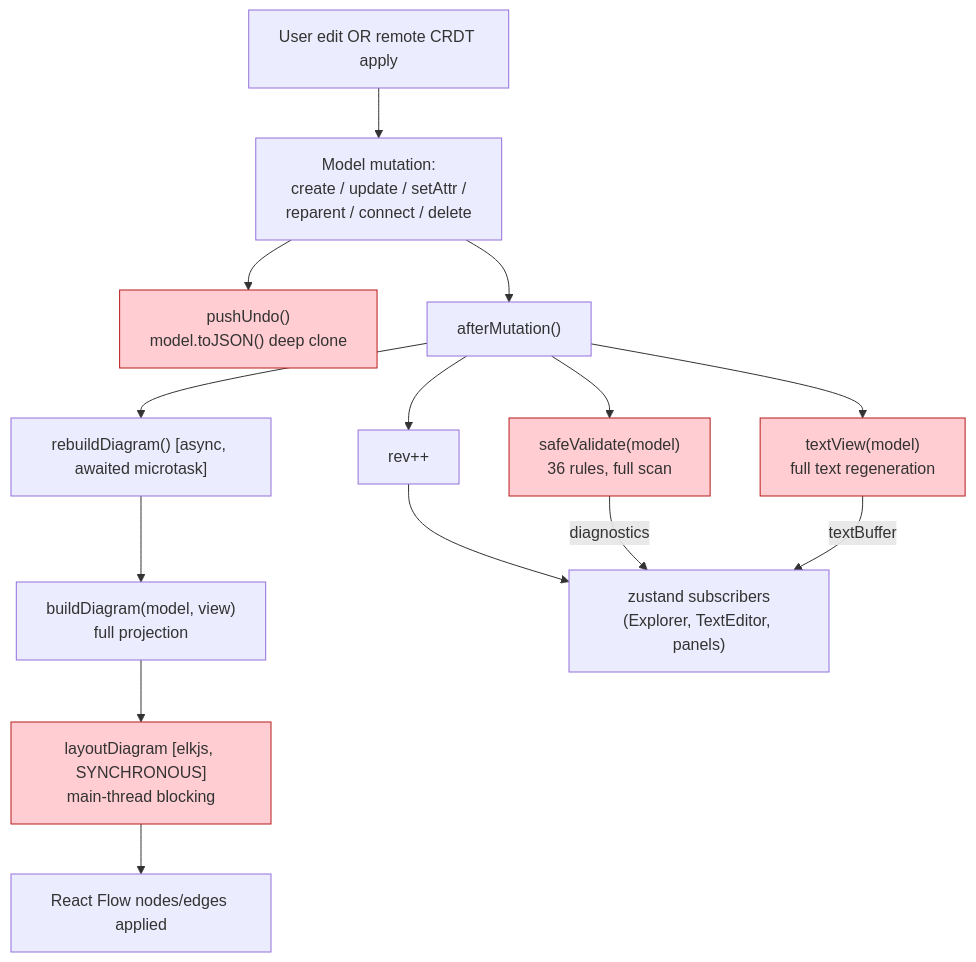
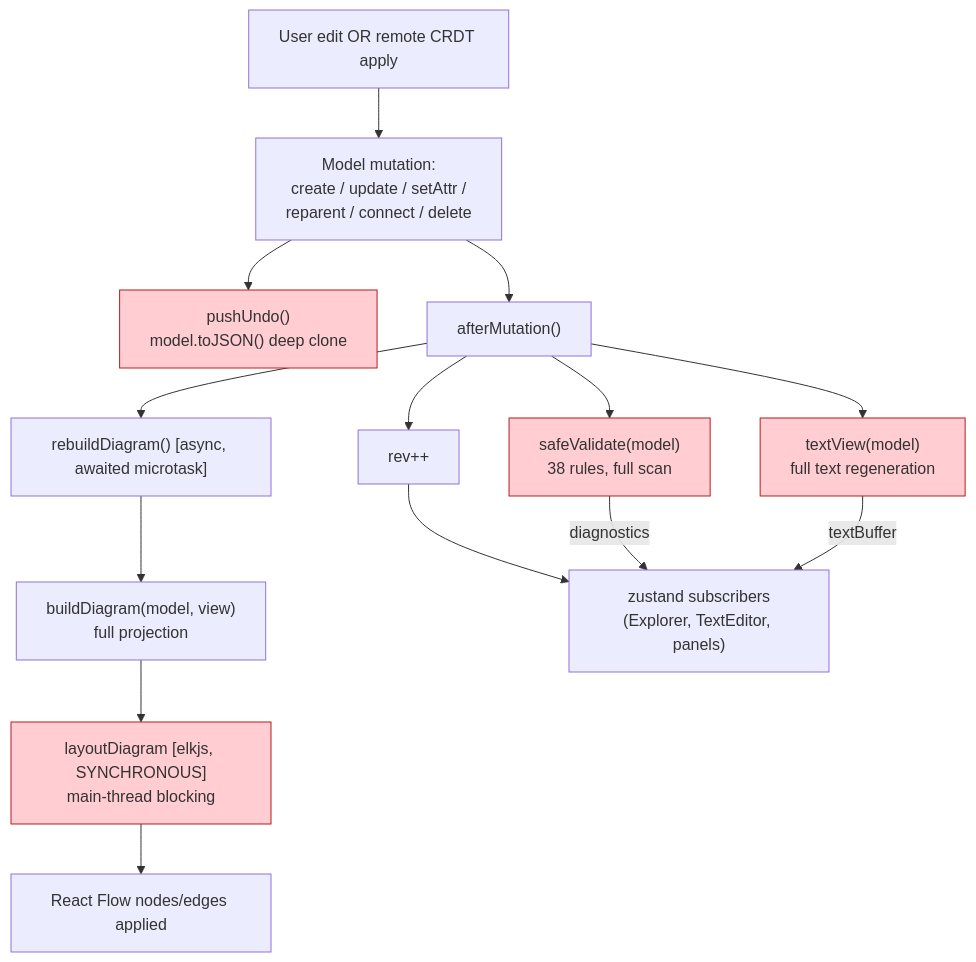
The third of 7 diagrams in docs/architecture/05-data-flow.md (cosmindxu/sysprose), drawn with Mermaid before and after one commit. The commit also changed 12 other files, not shown here.

````diff
--- a/docs/architecture/05-data-flow.md
+++ b/docs/architecture/05-data-flow.md
@@ -98,32 +98,32 @@
 ```mermaid
 flowchart TB
     trigger["User edit OR remote CRDT apply"]
     op["Model mutation:\ncreate / update / setAttr /\nreparent / connect / delete"]
     pushUndo["pushUndo()\nmodel.toJSON() deep clone"]
     afterMut["afterMutation()"]
-    validate["safeValidate(model)\n36 rules, full scan"]
+    validate["safeValidate(model)\n38 rules, full scan"]
     serialize["textView(model)\nfull text regeneration"]
     bump["rev++"]
     rebuild["rebuildDiagram() [async, awaited microtask]"]
     build["buildDiagram(model, view)\nfull projection"]
     layout["layoutDiagram [elkjs, SYNCHRONOUS]\nmain-thread blocking"]
     apply["React Flow nodes/edges applied"]
     listeners[" zustand subscribers\n(Explorer, TextEditor, panels)"]
 
     trigger --> op
     op --> pushUndo
     op --> afterMut
     afterMut --> validate
     afterMut --> serialize
     afterMut --> bump
     afterMut --> rebuild
     rebuild --> build
     build --> layout
     layout --> apply
     bump --> listeners
     validate -->|diagnostics| listeners
     serialize -->|textBuffer| listeners
 
     classDef hot fill:#ffcdd2,stroke:#b71c1c
     class validate,serialize,layout,pushUndo hot
 ```
````
